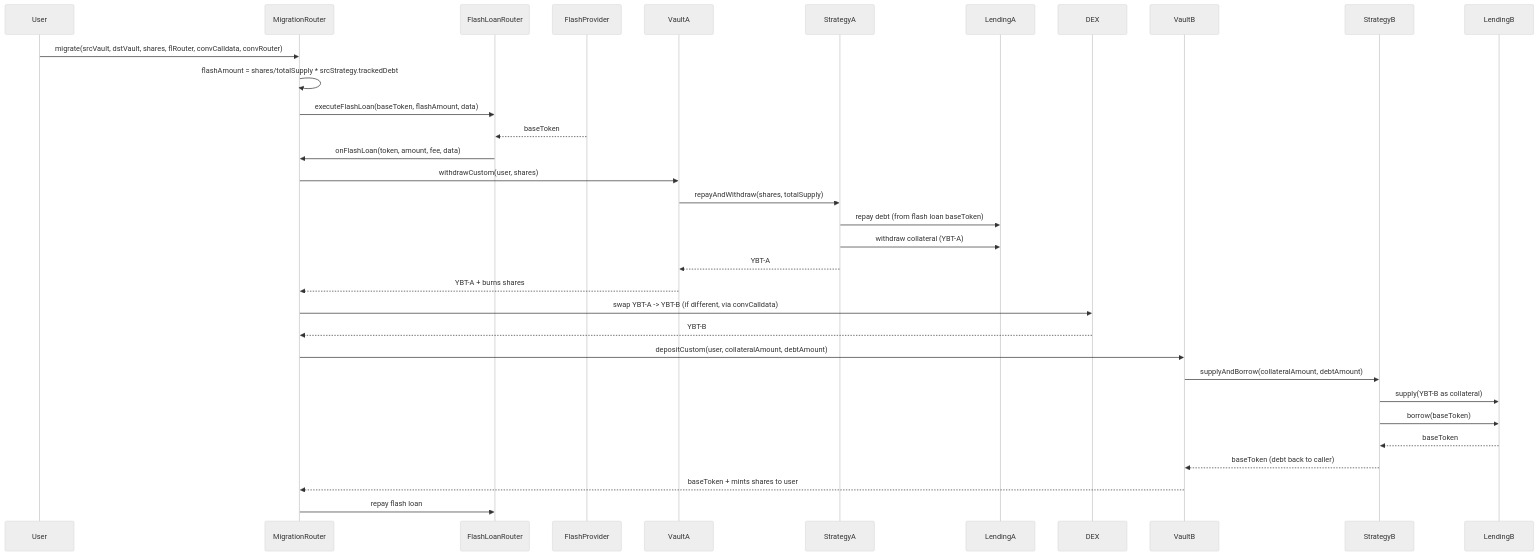
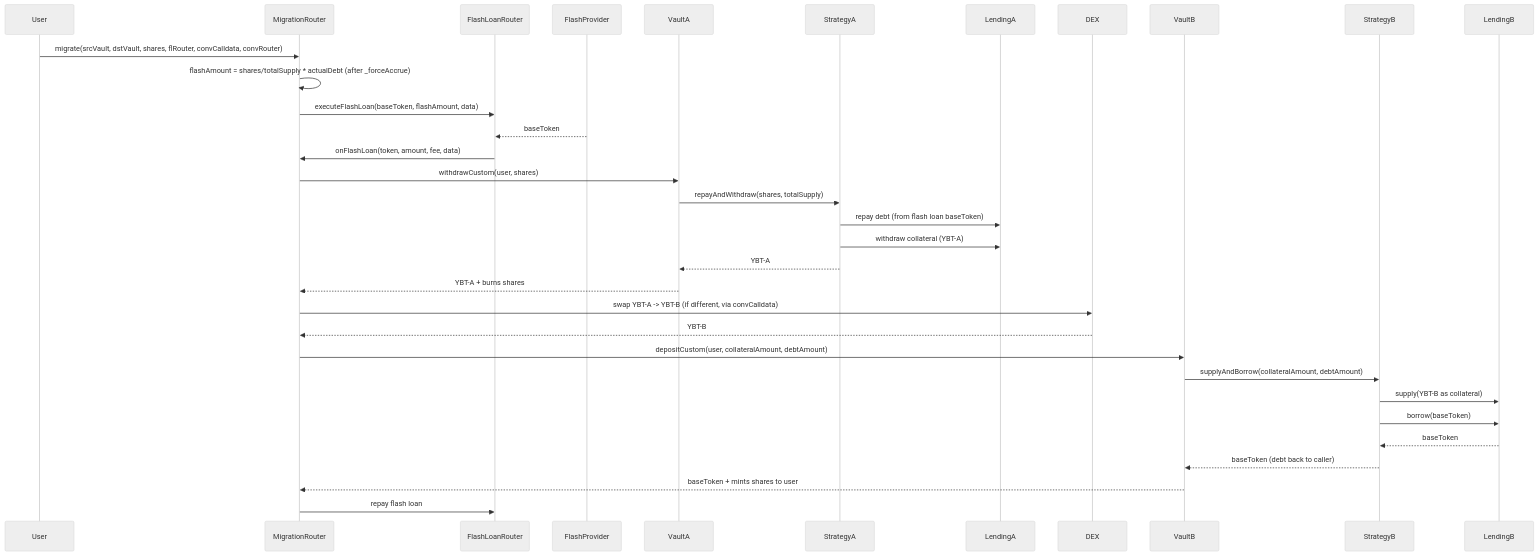
Before and after one commit to evgenynacu/leverage-vaults: the fifth of 8 diagrams in docs/architecture/token-flows.md, drawn with Mermaid (neutral theme). The commit also changed 9 other files, not shown here.

````diff
--- a/docs/architecture/token-flows.md
+++ b/docs/architecture/token-flows.md
@@ -86,24 +86,24 @@
 ```mermaid
 sequenceDiagram
     User->>MigrationRouter: migrate(srcVault, dstVault, shares, flRouter, convCalldata, convRouter)
-    MigrationRouter->>MigrationRouter: flashAmount = shares/totalSupply * srcStrategy.trackedDebt
+    MigrationRouter->>MigrationRouter: flashAmount = shares/totalSupply * actualDebt (after _forceAccrue)
     MigrationRouter->>FlashLoanRouter: executeFlashLoan(baseToken, flashAmount, data)
     FlashProvider-->>FlashLoanRouter: baseToken
     FlashLoanRouter->>MigrationRouter: onFlashLoan(token, amount, fee, data)
     MigrationRouter->>VaultA: withdrawCustom(user, shares)
     VaultA->>StrategyA: repayAndWithdraw(shares, totalSupply)
     StrategyA->>LendingA: repay debt (from flash loan baseToken)
     StrategyA->>LendingA: withdraw collateral (YBT-A)
     StrategyA-->>VaultA: YBT-A
     VaultA-->>MigrationRouter: YBT-A + burns shares
     MigrationRouter->>DEX: swap YBT-A -> YBT-B (if different, via convCalldata)
     DEX-->>MigrationRouter: YBT-B
     MigrationRouter->>VaultB: depositCustom(user, collateralAmount, debtAmount)
     VaultB->>StrategyB: supplyAndBorrow(collateralAmount, debtAmount)
     StrategyB->>LendingB: supply(YBT-B as collateral)
     StrategyB->>LendingB: borrow(baseToken)
     LendingB-->>StrategyB: baseToken
     StrategyB-->>VaultB: baseToken (debt back to caller)
     VaultB-->>MigrationRouter: baseToken + mints shares to user
     MigrationRouter->>FlashLoanRouter: repay flash loan
 ```
````
